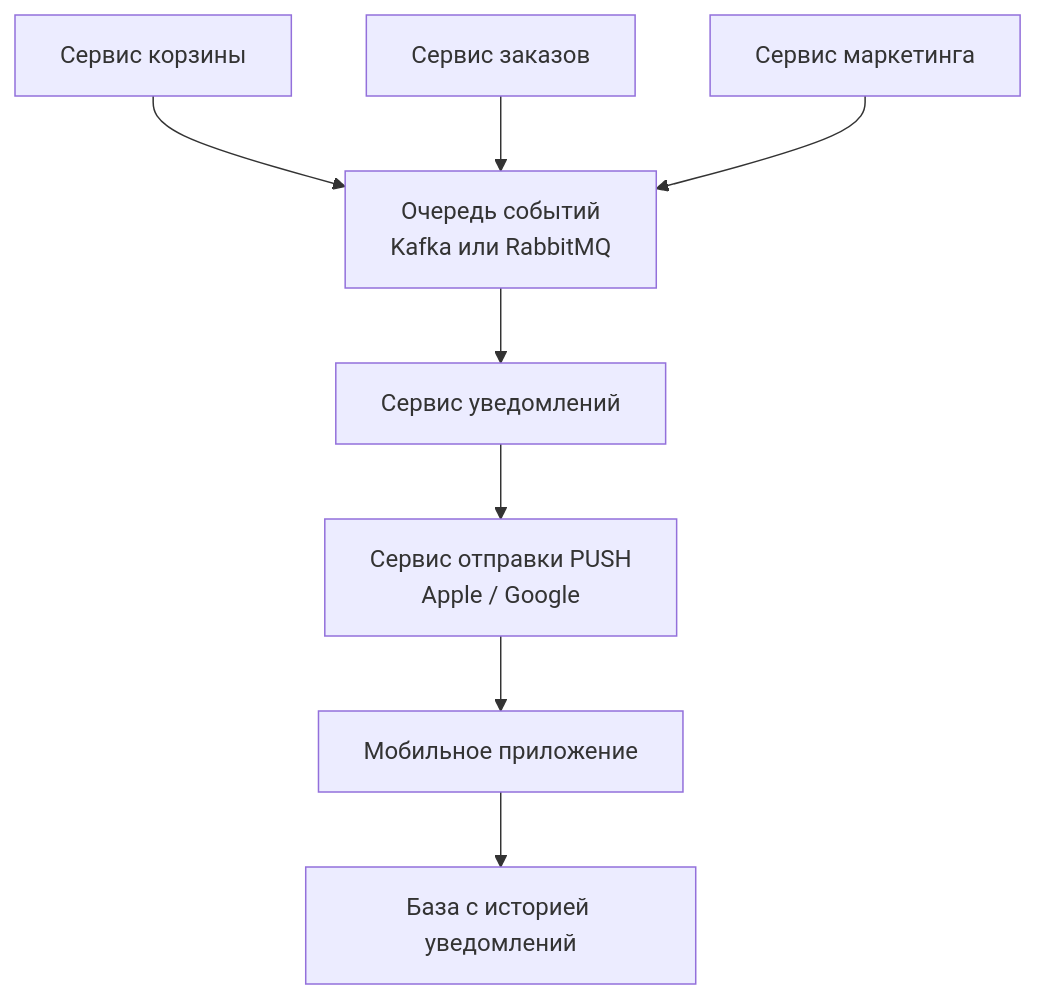
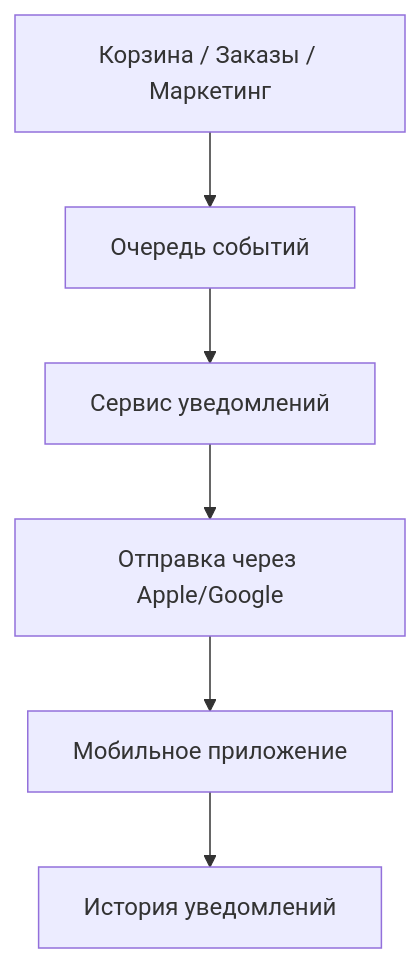
The diagram in solution_test_task_system_analyst.md (michaellu202/system-analyst-test-task), drawn with Mermaid before and after one commit. The commit also changed other lines of this file, not shown here.

````diff
--- a/solution_test_task_system_analyst.md
+++ b/solution_test_task_system_analyst.md
@@ -138,20 +101,11 @@
 ```mermaid
 flowchart TD
-    A[Сервис корзины]
-    B[Сервис заказов]
-    C[Сервис маркетинга]
+    A[Корзина / Заказы / Маркетинг]
+    B[Очередь событий]
+    C[Сервис уведомлений]
+    D[Отправка через Apple/Google]
+    E[Мобильное приложение]
+    F[История уведомлений]
 
-    D[Очередь событий<br/>Kafka или RabbitMQ]
-    E[Сервис уведомлений]
-    F[Сервис отправки PUSH<br/>Apple / Google]
-    G[Мобильное приложение]
-    H[База с историей уведомлений]
-
-    A --> D
-    B --> D
-    C --> D
-    D --> E
-    E --> F
-    F --> G
-    G --> H
+    A --> B --> C --> D --> E --> F
 ```
````
